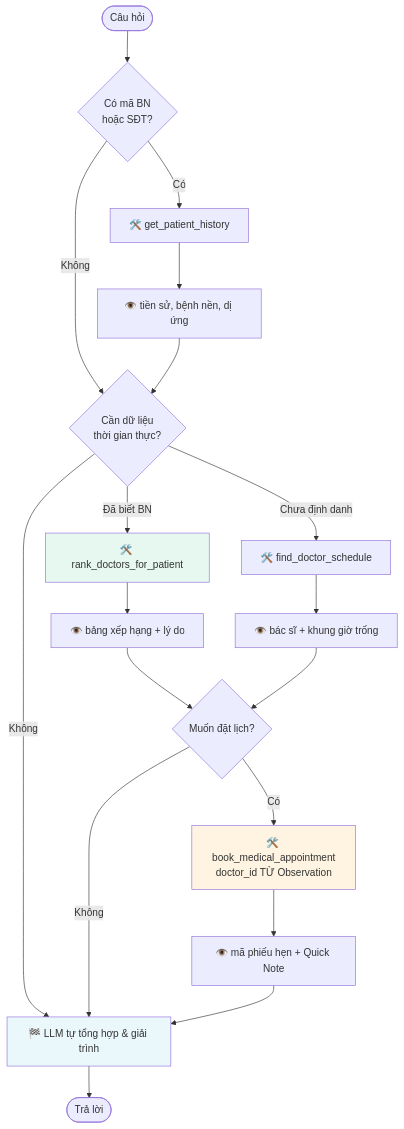
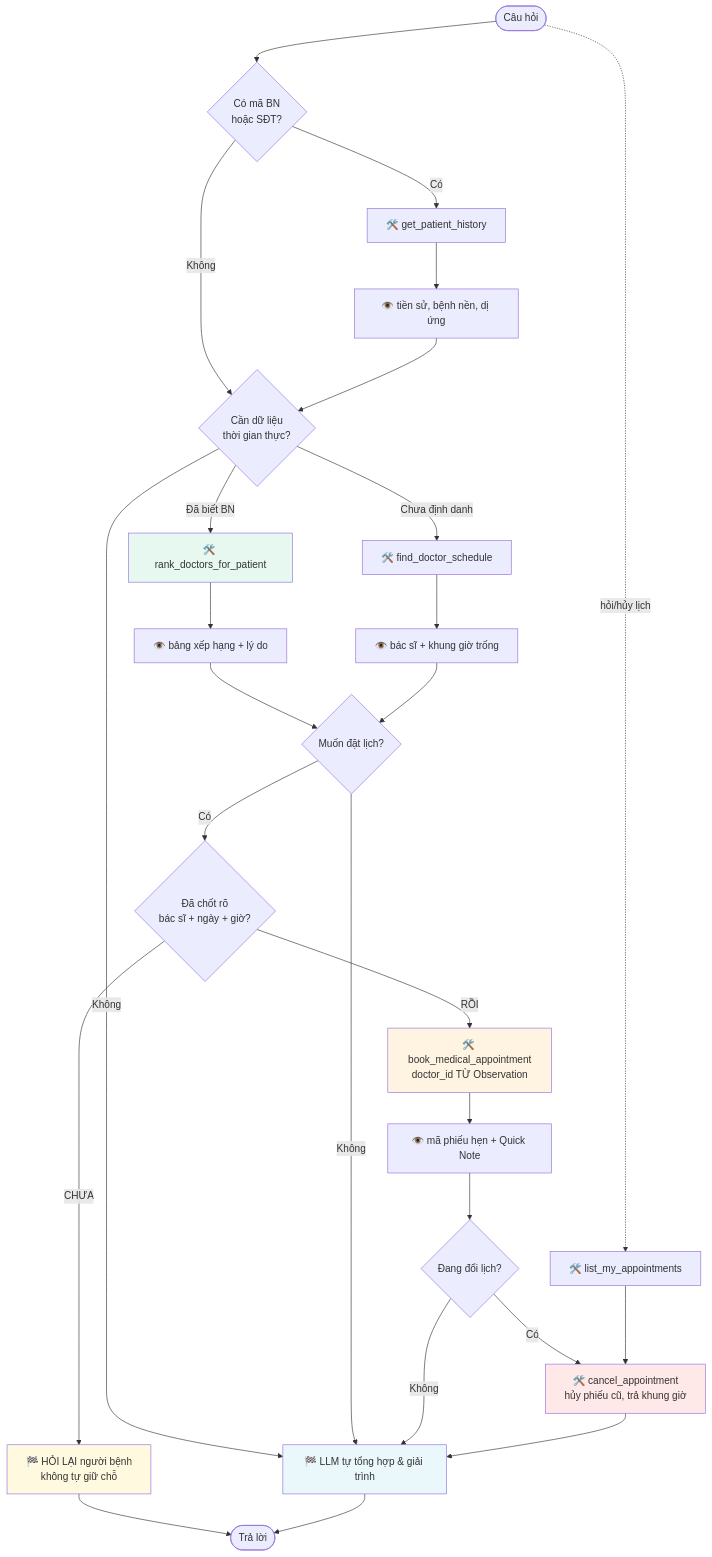
Before and after one commit to songiangvn/K4-DAY03-NguyenSonGiang-2A202602747: the second of 2 diagrams in README.md, drawn with Mermaid. The commit also changed other lines of this file and 1 other file, not shown here.

Commit message:
docs: dong bo tai lieu voi 6 tool va co che xac nhan truoc khi dat lich
- README + DEMO_GUIDE: bo sung list_my_appointments & cancel_appointment
  vao bang cong cu, cap nhat so lieu kiem thu (112 phep / 82 tieu chi)
- So do workflow them nhanh xac nhan khung gio (human-in-the-loop)
  va nhanh huy lich, dong bo giua README va DEMO_GUIDE
- DEMO_GUIDE: them 2 cau demo cho tinh nang moi, them 2 cau Q&A phan bien
  ve viec khong tu dat lich va ve luong doi/huy lich

````diff
--- a/README.md
+++ b/README.md
@@ -67,26 +67,37 @@
 ```mermaid
 flowchart TD
     Start([Câu hỏi]) --> Mem{Có mã BN<br/>hoặc SĐT?}
     Mem -->|Có| H["🛠️ get_patient_history"]
     Mem -->|Không| Ask
     H --> HObs["👁️ tiền sử, bệnh nền, dị ứng"] --> Ask
 
     Ask{Cần dữ liệu<br/>thời gian thực?}
     Ask -->|Không| Final
     Ask -->|Đã biết BN| Rank["🛠️ rank_doctors_for_patient"]
     Ask -->|Chưa định danh| Find["🛠️ find_doctor_schedule"]
 
     Rank --> RObs["👁️ bảng xếp hạng + lý do"] --> Book
     Find --> FObs["👁️ bác sĩ + khung giờ trống"] --> Book
 
     Book{Muốn đặt lịch?}
     Book -->|Không| Final
-    Book -->|Có| B["🛠️ book_medical_appointment<br/>doctor_id TỪ Observation"]
-    B --> BObs["👁️ mã phiếu hẹn + Quick Note"] --> Final
+    Book -->|Có| Confirm{Đã chốt rõ<br/>bác sĩ + ngày + giờ?}
+
+    Confirm -->|CHƯA| AskUser["🏁 HỎI LẠI người bệnh<br/>không tự giữ chỗ"] --> End
+    Confirm -->|RỒI| B["🛠️ book_medical_appointment<br/>doctor_id TỪ Observation"]
+    B --> BObs["👁️ mã phiếu hẹn + Quick Note"] --> Old
+
+    Old{Đang đổi lịch?}
+    Old -->|Không| Final
+    Old -->|Có| C["🛠️ cancel_appointment<br/>hủy phiếu cũ, trả khung giờ"] --> Final
+
+    Start -.->|"hỏi/hủy lịch"| L["🛠️ list_my_appointments"] --> C
 
     Final["🏁 LLM tự tổng hợp & giải trình"] --> End([Trả lời])
 
     style Rank fill:#e7f8f0
     style B fill:#fff4e2
+    style C fill:#ffe8e8
+    style AskUser fill:#fff9e0
     style Final fill:#eaf7fb
 ```
````
